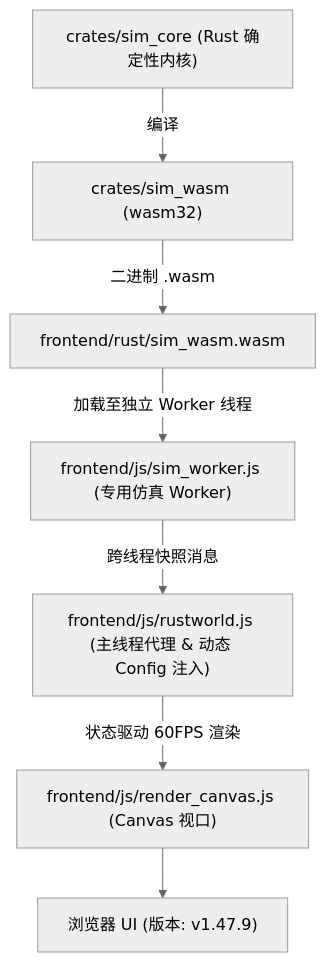
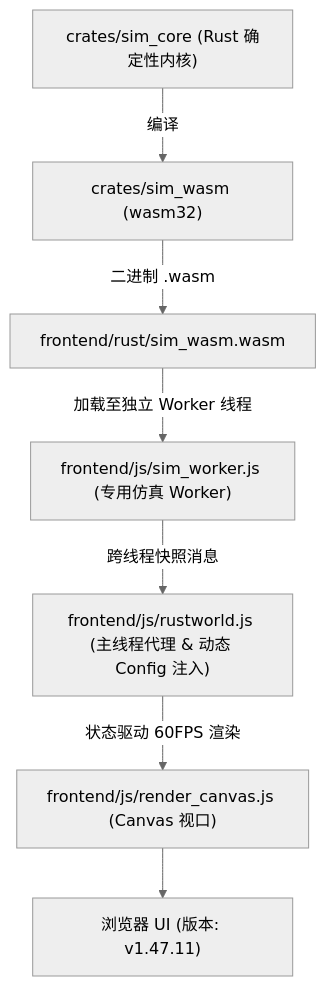
Before and after one commit to g39088902/FlowAndAccord: the diagram in AGENTS.md, drawn with Mermaid (neutral theme). The commit also changed other lines of this file and 14 other files, not shown here.

````diff
--- a/AGENTS.md
+++ b/AGENTS.md
@@ -61,9 +61,9 @@
 ```mermaid
 graph TD
     A["crates/sim_core (Rust 确定性内核)"] -->|编译| B["crates/sim_wasm (wasm32)"]
     B -->|二进制 .wasm| C["frontend/rust/sim_wasm.wasm"]
     C -->|加载至独立 Worker 线程| D["frontend/js/sim_worker.js (专用仿真 Worker)"]
     D -->|跨线程快照消息| E["frontend/js/rustworld.js (主线程代理 & 动态 Config 注入)"]
     E -->|状态驱动 60FPS 渲染| F["frontend/js/render_canvas.js (Canvas 视口)"]
-    F --> G["浏览器 UI (版本: v1.47.9)"]
+    F --> G["浏览器 UI (版本: v1.47.11)"]
 ```
````
